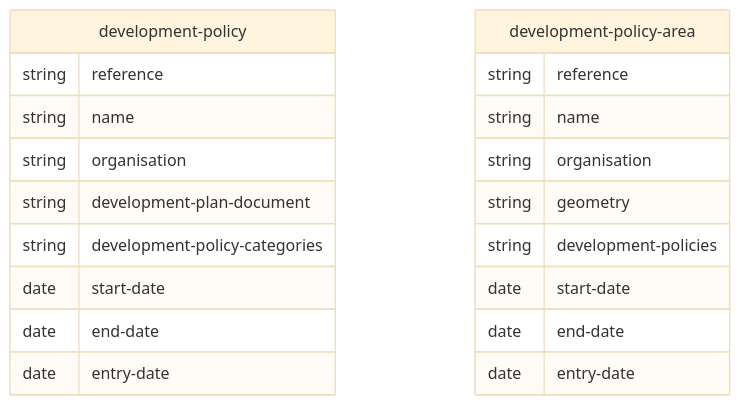
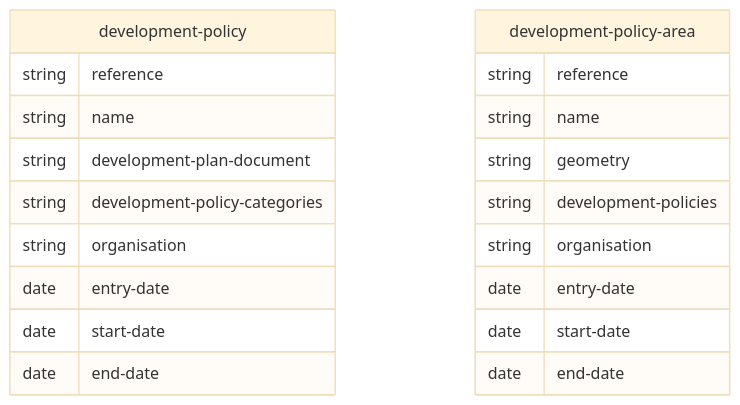
One commit to digital-land/specification changed the diagram in mermaid/development-policy.md. Above: the diagram before and after it, drawn with Mermaid (base theme). The commit also changed other lines of this file and 14 other files, not shown here.

````diff
--- a/mermaid/development-policy.md
+++ b/mermaid/development-policy.md
@@ -4,23 +4,23 @@
 ```mermaid
 erDiagram
     development-policy {
         string reference
         string name
-        string organisation
         string development-plan-document
         string development-policy-categories
+        string organisation
+        date entry-date
         date start-date
         date end-date
-        date entry-date
     }
     development-policy-area {
         string reference
         string name
-        string organisation
         string geometry
         string development-policies
+        string organisation
+        date entry-date
         date start-date
         date end-date
-        date entry-date
     }
 ```
````
